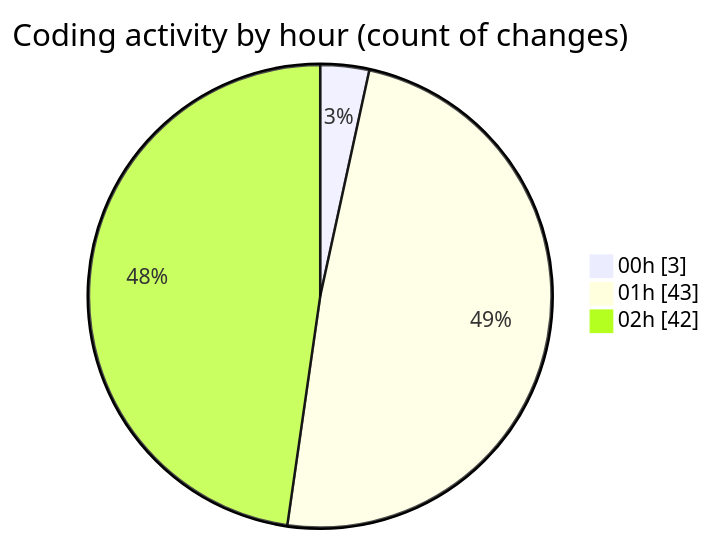
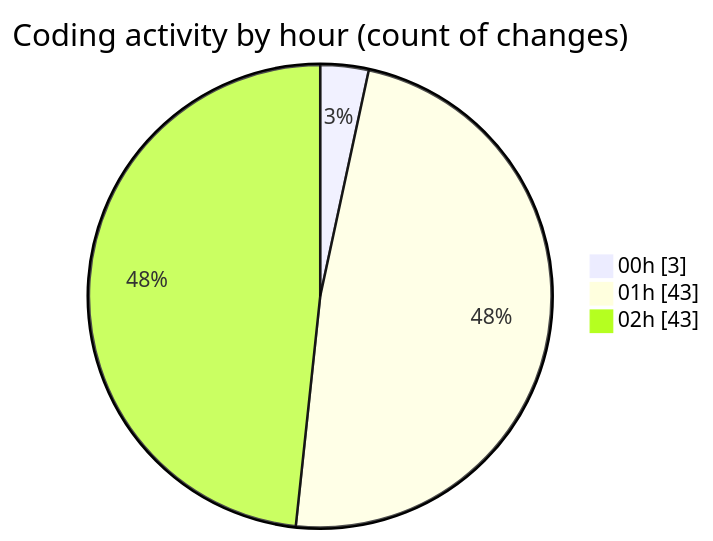
Before and after one commit to mevix1/code-tracking: the second of 2 diagrams in 2025-10-02/oura-api/README.md, drawn with Mermaid. The commit also changed other lines of this file and 1 other file, not shown here.

````diff
--- a/2025-10-02/oura-api/README.md
+++ b/2025-10-02/oura-api/README.md
@@ -93,7 +94,7 @@
 ```mermaid
 pie showData
 title Coding activity by hour (count of changes)
 "00h" : 3
 "01h" : 43
-"02h" : 42
+"02h" : 43
 ```
````
